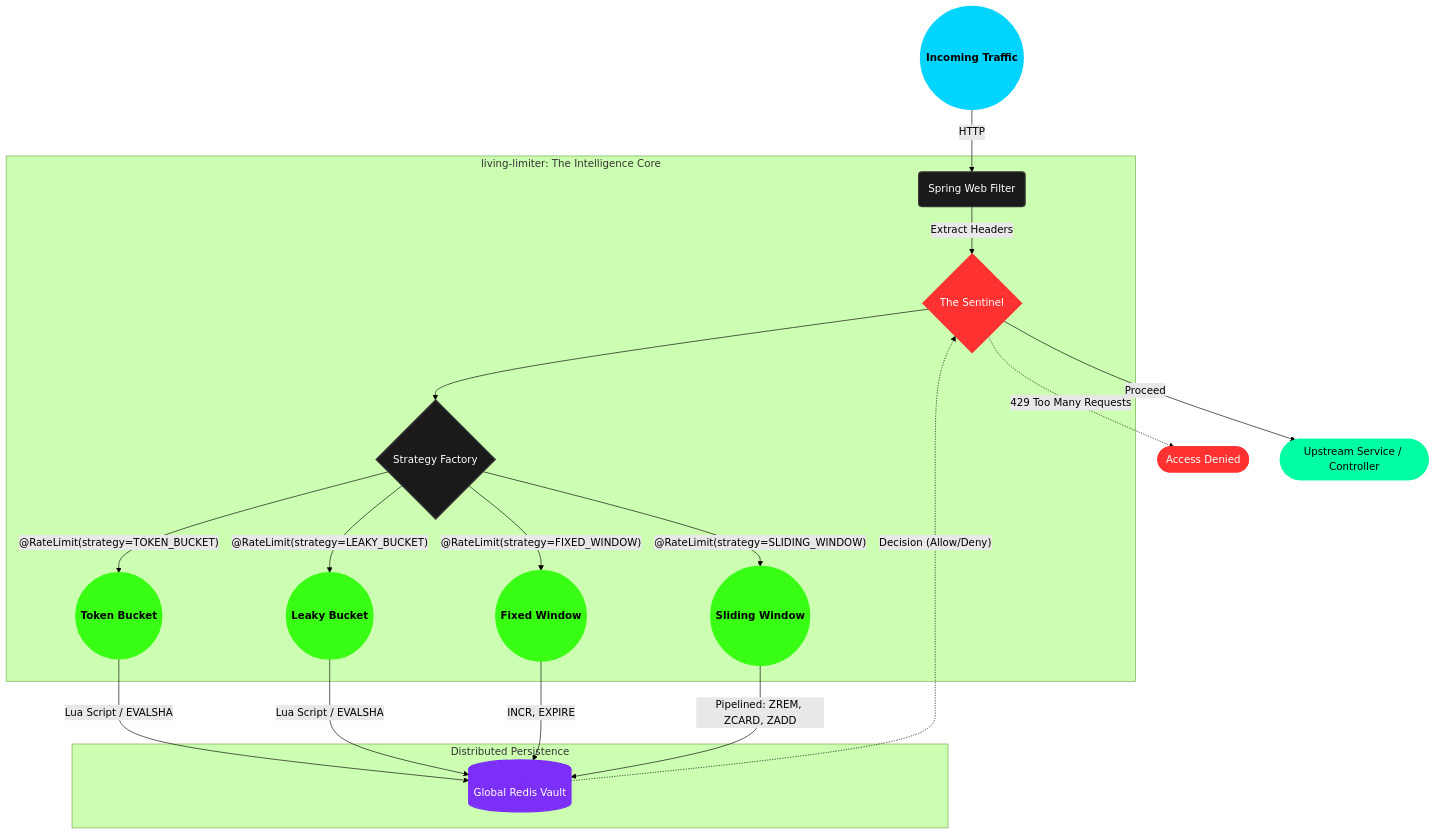
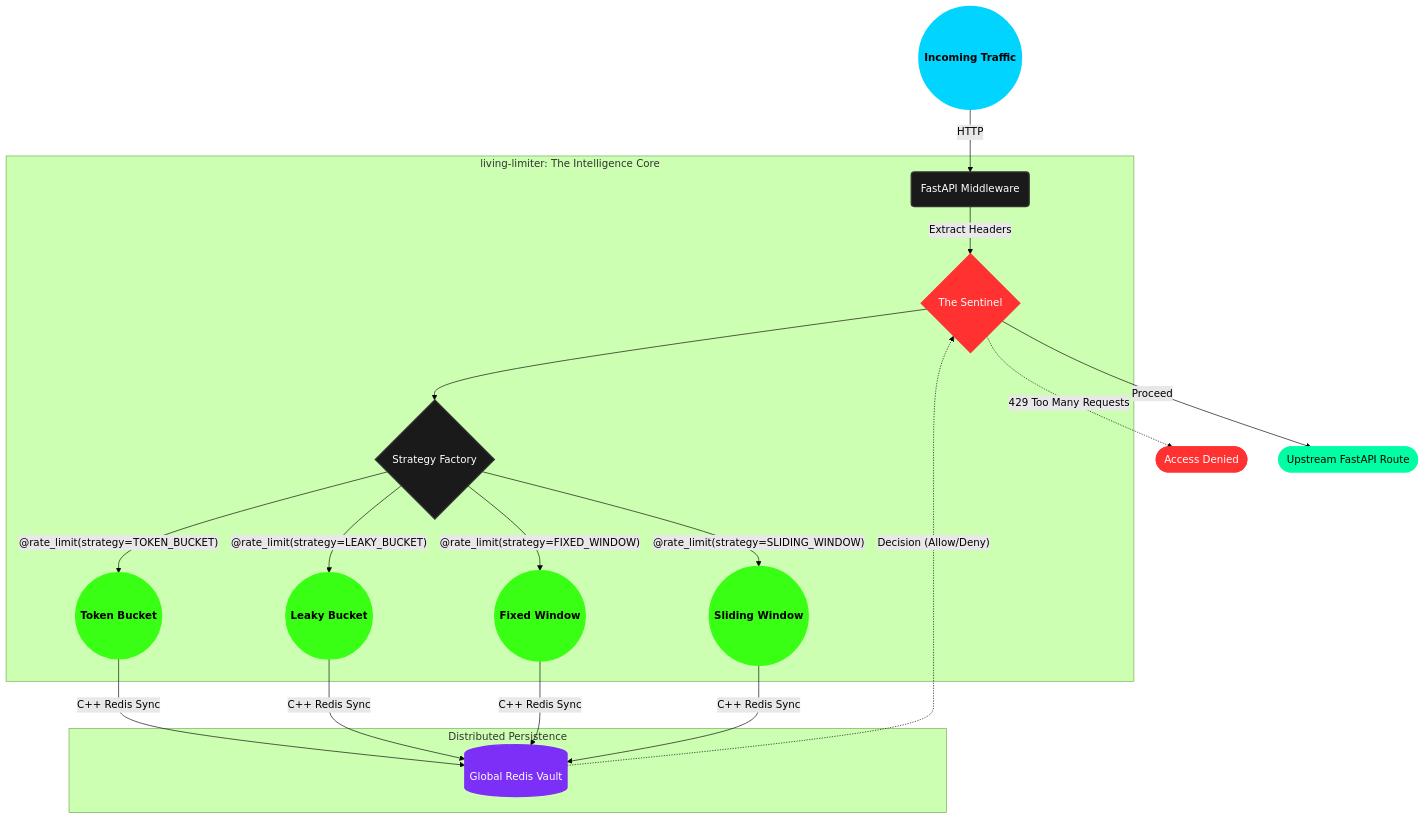
Before and after one commit to kusuridheeraj/living-lab: the diagram in README.md, drawn with Mermaid (forest theme). The commit also changed other lines of this file and 1 other file, not shown here.

Commit message:
DOCS: Correct architectural components - Replace Spring/Java with FastAPI/Python Asyncio

````diff
--- a/README.md
+++ b/README.md
@@ -10,34 +10,34 @@
 ```mermaid
 graph TD
     %% Global Styling
     classDef default fill:#1a1a1a,stroke:#333,stroke-width:2px,color:#fff;
     classDef client fill:#00d4ff,stroke:#00d4ff,stroke-width:4px,color:#000,font-weight:bold;
     classDef brain fill:#39ff14,stroke:#39ff14,stroke-width:2px,color:#000,font-weight:bold;
     classDef vault fill:#7b2ff7,stroke:#7b2ff7,stroke-width:2px,color:#fff;
     classDef sentinel fill:#ff3131,stroke:#ff3131,stroke-width:2px,color:#fff;
     classDef proceed fill:#00ffa3,stroke:#00ffa3,stroke-width:2px,color:#000;
 
-    Client((Incoming Traffic)):::client -->|HTTP| Gateway(Spring Web Filter)
+    Client((Incoming Traffic)):::client -->|HTTP| Gateway(FastAPI Middleware)
 
     subgraph "living-limiter: The Intelligence Core"
         Gateway -->|Extract Headers| Interceptor{The Sentinel}:::sentinel
         Interceptor --> Factory{Strategy Factory}
 
-        Factory -->|"@RateLimit(strategy=TOKEN_BUCKET)"| TB((Token Bucket)):::brain
-        Factory -->|"@RateLimit(strategy=LEAKY_BUCKET)"| LB((Leaky Bucket)):::brain
-        Factory -->|"@RateLimit(strategy=FIXED_WINDOW)"| FW((Fixed Window)):::brain
-        Factory -->|"@RateLimit(strategy=SLIDING_WINDOW)"| SW((Sliding Window)):::brain
+        Factory -->|"@rate_limit(strategy=TOKEN_BUCKET)"| TB((Token Bucket)):::brain
+        Factory -->|"@rate_limit(strategy=LEAKY_BUCKET)"| LB((Leaky Bucket)):::brain
+        Factory -->|"@rate_limit(strategy=FIXED_WINDOW)"| FW((Fixed Window)):::brain
+        Factory -->|"@rate_limit(strategy=SLIDING_WINDOW)"| SW((Sliding Window)):::brain
     end
 
     subgraph "Distributed Persistence"
-        TB -->|"Lua Script / EVALSHA"| Redis[(Global Redis Vault)]:::vault
-        LB -->|"Lua Script / EVALSHA"| Redis
-        FW -->|"INCR, EXPIRE"| Redis
-        SW -->|"Pipelined: ZREM, ZCARD, ZADD"| Redis
+        TB -->|"C++ Redis Sync"| Redis[(Global Redis Vault)]:::vault
+        LB -->|"C++ Redis Sync"| Redis
+        FW -->|"C++ Redis Sync"| Redis
+        SW -->|"C++ Redis Sync"| Redis
     end
 
     Redis -.->|"Decision (Allow/Deny)"| Interceptor
 
     Interceptor -.->|"429 Too Many Requests"| Deny([Access Denied]):::sentinel
-    Interceptor -->|Proceed| App([Upstream Service / Controller]):::proceed
+    Interceptor -->|Proceed| App([Upstream FastAPI Route]):::proceed
 ```
````
